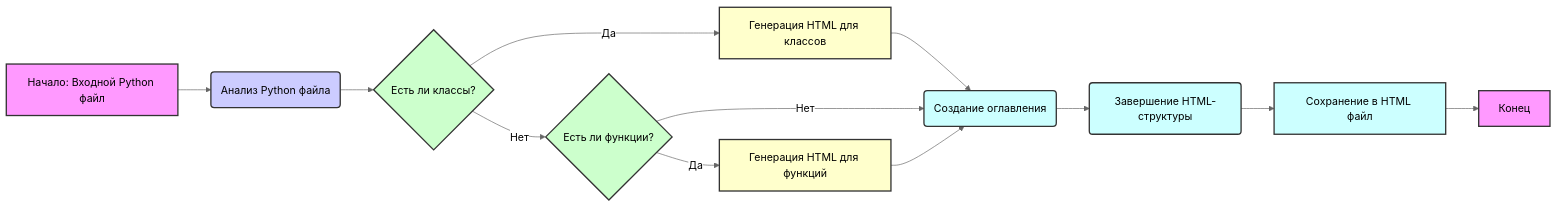
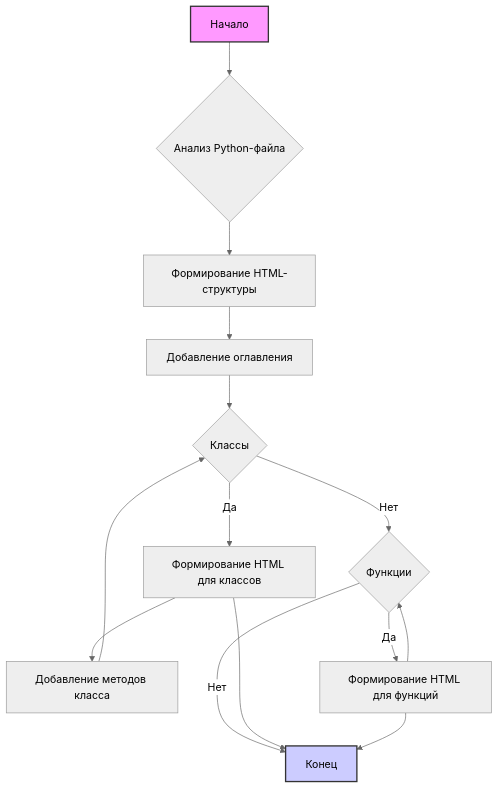
Before and after one commit to hypo69/hypo: the diagram in docs/gemini/ru/explainer/src/endpoints/hypo69/code_assistant/instructions/instruction_doc_writer_html_ru.md.md, drawn with Mermaid (neutral theme). The commit also changed other lines of this file and 6031 other files, not shown here.

````diff
--- a/docs/gemini/ru/explainer/src/endpoints/hypo69/code_assistant/instructions/instruction_doc_writer_html_ru.md.md
+++ b/docs/gemini/ru/explainer/src/endpoints/hypo69/code_assistant/instructions/instruction_doc_writer_html_ru.md.md
@@ -78,24 +44,19 @@
 ```mermaid
-graph LR
-    A[Начало: Входной Python файл] --> B(Анализ Python файла);
-    B --> C{Есть ли классы?};
-    C -- Да --> D[Генерация HTML для классов];
-    C -- Нет --> E{Есть ли функции?};
-    D --> F(Создание оглавления);
-    E -- Да --> G[Генерация HTML для функций];
-    E -- Нет --> F;
-    G --> F;
-    F --> H(Завершение HTML-структуры);
-    H --> I[Сохранение в HTML файл];
-    I --> J[Конец];
-   style A fill:#f9f,stroke:#333,stroke-width:2px
-   style B fill:#ccf,stroke:#333,stroke-width:2px
-   style C fill:#cfc,stroke:#333,stroke-width:2px
-   style D fill:#ffc,stroke:#333,stroke-width:2px
-   style E fill:#cfc,stroke:#333,stroke-width:2px
-   style F fill:#cff,stroke:#333,stroke-width:2px
-   style G fill:#ffc,stroke:#333,stroke-width:2px
-    style H fill:#cff,stroke:#333,stroke-width:2px
-        style I fill:#cff,stroke:#333,stroke-width:2px
-        style J fill:#f9f,stroke:#333,stroke-width:2px
+flowchart TD
+    A[Начало] --> B{Анализ Python-файла};
+    B --> C[Формирование HTML-структуры];
+    C --> D[Добавление оглавления];
+    D --> E{Классы};
+    E -- Да --> F[Формирование HTML для классов];
+    F --> G[Добавление методов класса];
+    G --> E
+    E -- Нет --> H{Функции};
+    H -- Да --> I[Формирование HTML для функций];
+    I --> H
+    H -- Нет --> J[Конец]
+    F --> J
+    I --> J
+
+    style A fill:#f9f,stroke:#333,stroke-width:2px
+    style J fill:#ccf,stroke:#333,stroke-width:2px
 ```
````
